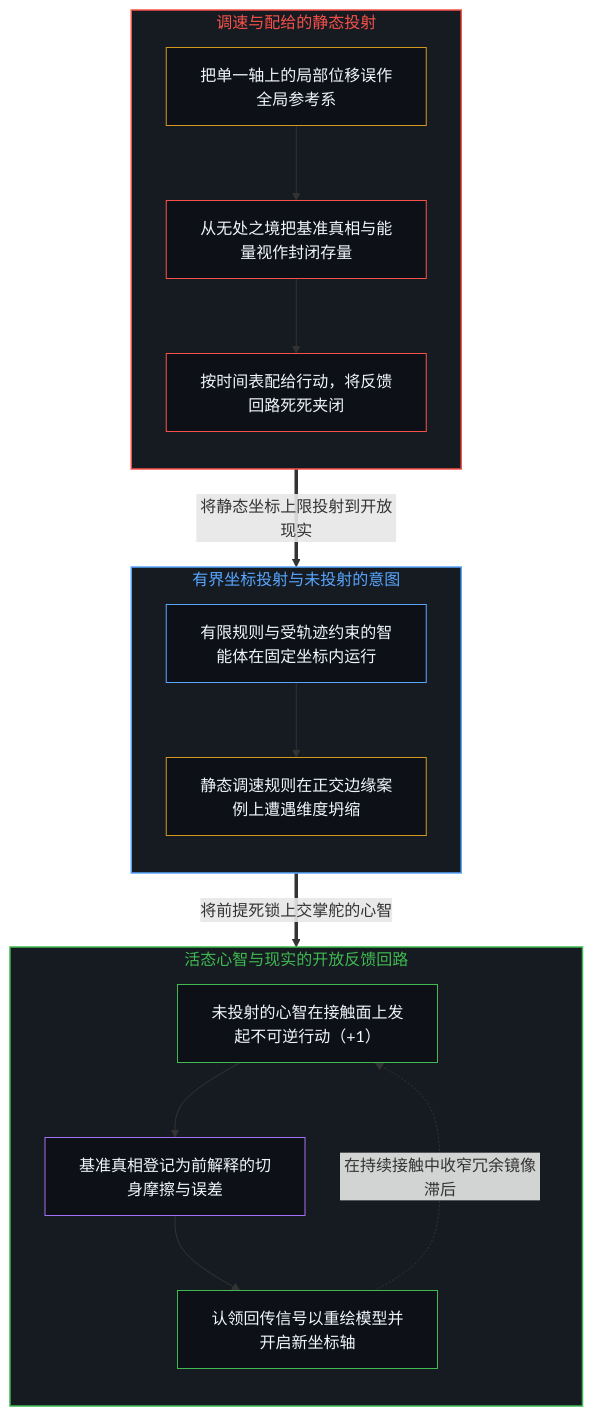
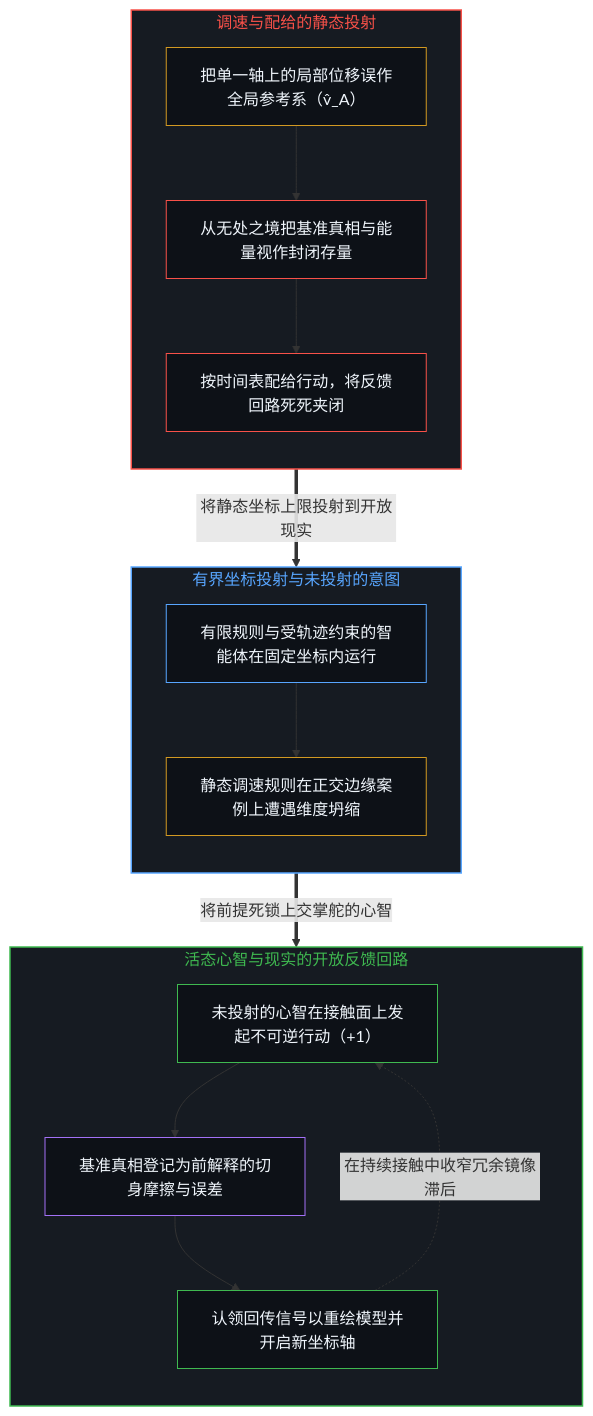
One commit to powerpig99/not-a-toe changed the first of 2 diagrams in content/posts/the-fallacy-of-pacing-and-the-felt-friction-of-ground-truth.md. Above: the diagram before and after it, drawn with Mermaid. The commit also changed other lines of this file and 15 other files, not shown here.

````diff
--- a/content/posts/the-fallacy-of-pacing-and-the-felt-friction-of-ground-truth.md
+++ b/content/posts/the-fallacy-of-pacing-and-the-felt-friction-of-ground-truth.md
@@ -35,41 +35,41 @@
 ```mermaid
 flowchart TD
     subgraph S_Proj["调速与配给的静态投射"]
         direction TB
-        P_Axis["把单一轴上的局部位移误作全局参考系"]
+        P_Axis["把单一轴上的局部位移误作全局参考系（v̂_A）"]
         P_Store["从无处之境把基准真相与能量视作封闭存量"]
         P_Ration["按时间表配给行动，将反馈回路死死夹闭"]
         P_Axis --> P_Store --> P_Ration
     end
 
     subgraph S_Engine["有界坐标投射与未投射的意图"]
         direction TB
         E_Finite["有限规则与受轨迹约束的智能体在固定坐标内运行"]
         E_Collapse["静态调速规则在正交边缘案例上遭遇维度坍缩"]
         E_Finite --> E_Collapse
     end
 
     subgraph S_Open["活态心智与现实的开放反馈回路"]
         direction TB
         O_Act["未投射的心智在接触面上发起不可逆行动（+1）"]
         O_Friction["基准真相登记为前解释的切身摩擦与误差"]
         O_Expand["认领回传信号以重绘模型并开启新坐标轴"]
         O_Act --> O_Friction --> O_Expand
     end
 
     P_Ration ==>|"将静态坐标上限投射到开放现实"| E_Finite
     E_Collapse ==>|"将前提死锁上交掌舵的心智"| O_Act
     O_Expand -.->|"在持续接触中收窄冗余镜像滞后"| O_Act
 
     style S_Proj fill:#161b22,stroke:#f85149,stroke-width:1.5px,color:#f85149
     style S_Engine fill:#161b22,stroke:#58a6ff,stroke-width:1.5px,color:#58a6ff
     style S_Open fill:#161b22,stroke:#3fb950,stroke-width:1.5px,color:#3fb950
     style P_Axis fill:#0d1117,stroke:#d29922,stroke-width:1px,color:#f0f6fc
     style P_Store fill:#0d1117,stroke:#f85149,stroke-width:1px,color:#f0f6fc
     style P_Ration fill:#0d1117,stroke:#f85149,stroke-width:1px,color:#f0f6fc
     style E_Finite fill:#0d1117,stroke:#58a6ff,stroke-width:1px,color:#f0f6fc
     style E_Collapse fill:#0d1117,stroke:#d29922,stroke-width:1px,color:#f0f6fc
     style O_Act fill:#0d1117,stroke:#3fb950,stroke-width:1px,color:#f0f6fc
     style O_Friction fill:#0d1117,stroke:#a371f7,stroke-width:1px,color:#f0f6fc
     style O_Expand fill:#0d1117,stroke:#3fb950,stroke-width:1px,color:#f0f6fc
 ```
````
